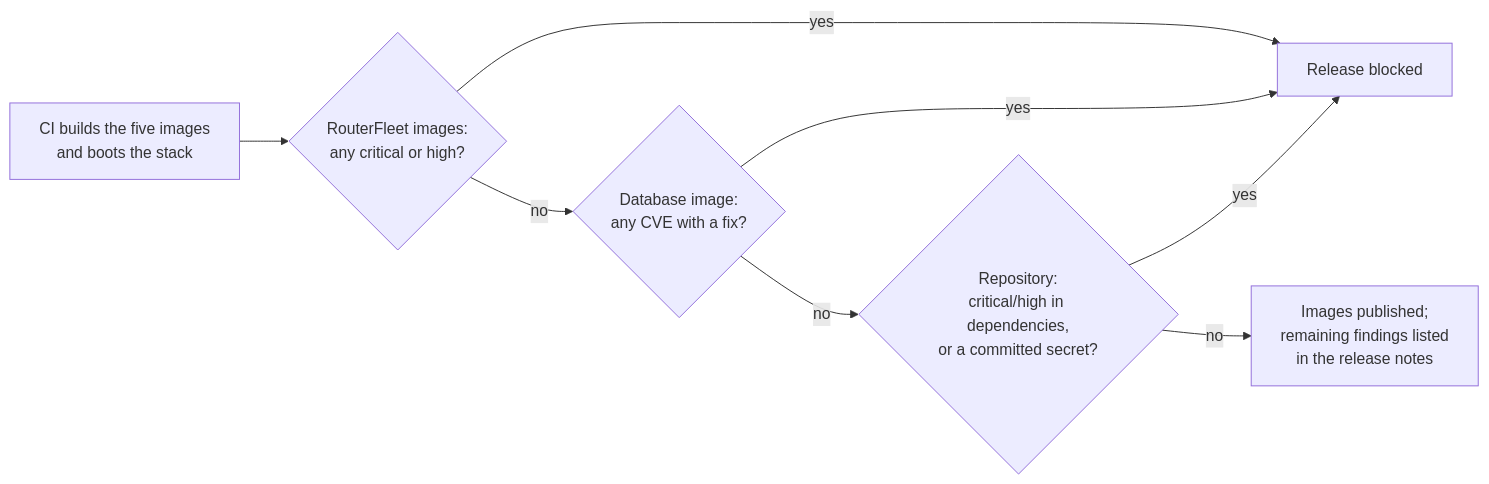
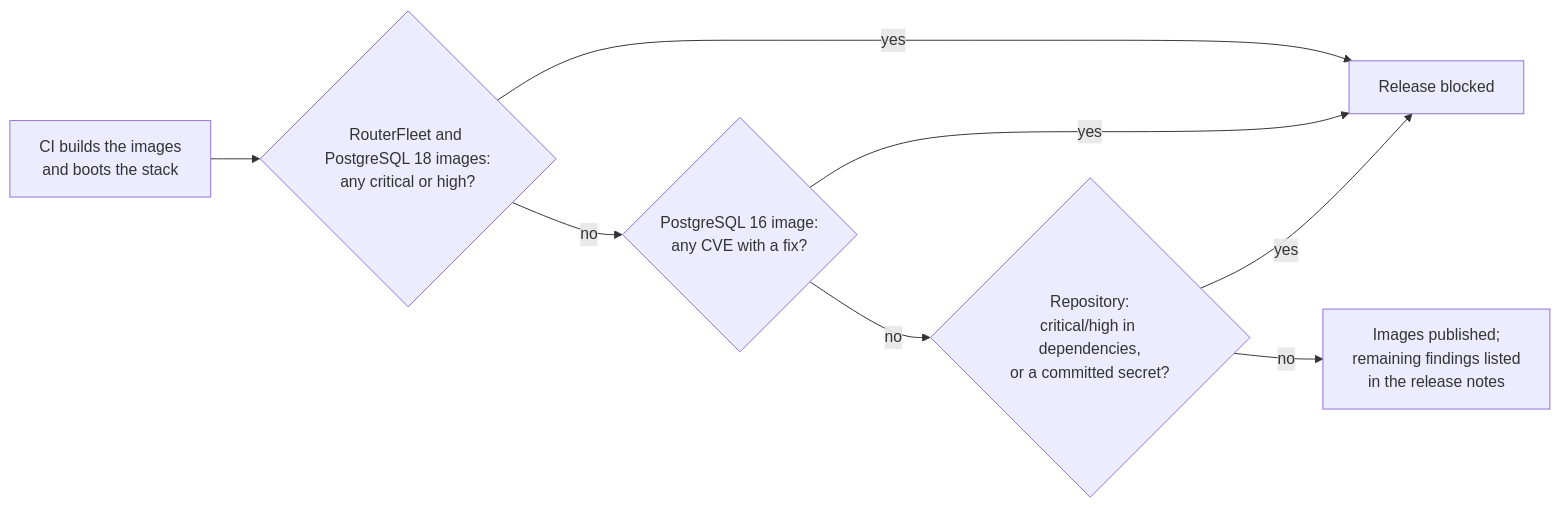
The fifth of 5 diagrams in docs/security.md (alessiobravi/routerfleet_improved), drawn with Mermaid before and after one commit. The commit also changed other lines of this file and 178 other files, not shown here.

First line of the commit message:
0.24.0: PostgreSQL 18, AdminLTE 4 / Bootstrap 5.3 without jQuery, strict Content-Security-Policy, configurable ports

````diff
--- a/docs/security.md
+++ b/docs/security.md
@@ -323,10 +323,10 @@
 ```mermaid
 flowchart LR
-    build["CI builds the five images<br/>and boots the stack"] --> own{"RouterFleet images:<br/>any critical or high?"}
+    build["CI builds the images<br/>and boots the stack"] --> own{"RouterFleet and PostgreSQL 18 images:<br/>any critical or high?"}
     own -->|yes| stop["Release blocked"]
-    own -->|no| db{"Database image:<br/>any CVE with a fix?"}
+    own -->|no| db{"PostgreSQL 16 image:<br/>any CVE with a fix?"}
     db -->|yes| stop
     db -->|no| repo{"Repository:<br/>critical/high in dependencies,<br/>or a committed secret?"}
     repo -->|yes| stop
     repo -->|no| publish["Images published;<br/>remaining findings listed<br/>in the release notes"]
 ```
````
